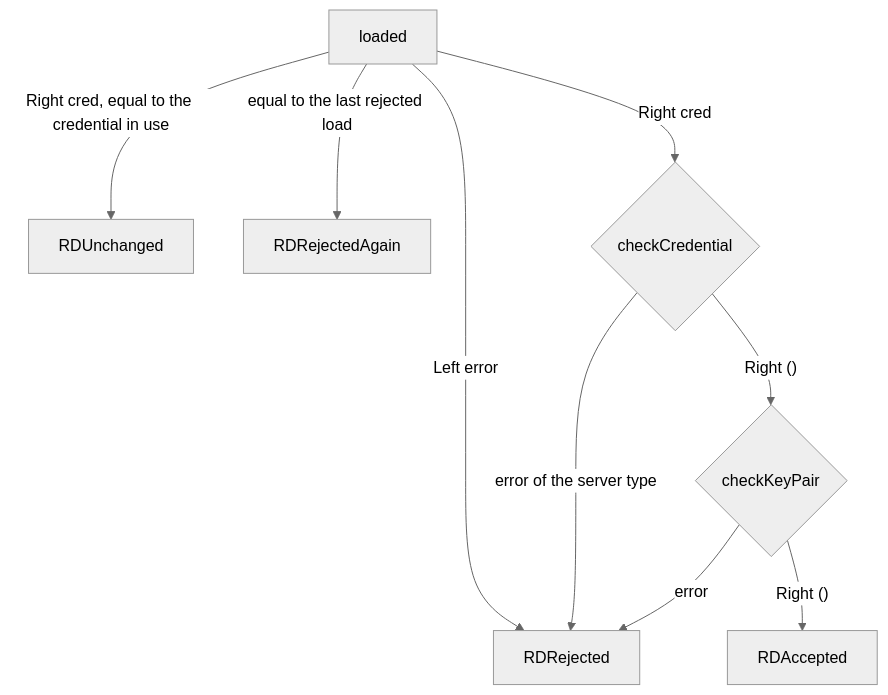
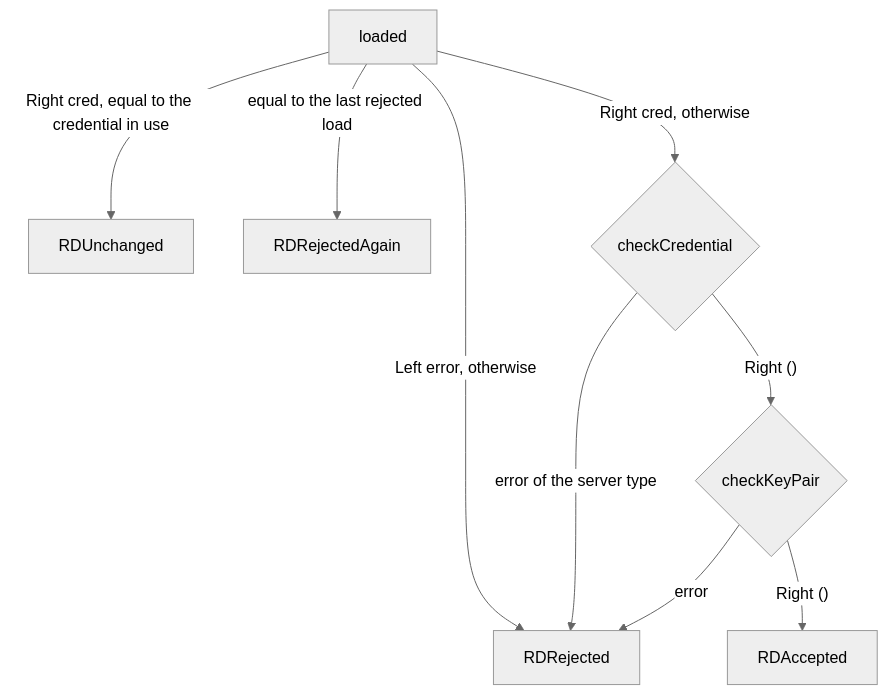
One commit to simplex-chat/simplexmq changed the third of 6 diagrams in plans/2026-11-17-reload-web-certificates.md. Above: the diagram before and after it, drawn with Mermaid (neutral theme). The commit also changed other lines of this file, not shown here.

Commit message:
servers: order the decision edges and list the empty chain test

````diff
--- a/plans/2026-11-17-reload-web-certificates.md
+++ b/plans/2026-11-17-reload-web-certificates.md
@@ -147,18 +147,18 @@
 ```mermaid
 flowchart TD
     L[loaded]
     U[RDUnchanged]
     A[RDRejectedAgain]
     S{checkCredential}
     K{checkKeyPair}
     R[RDRejected]
     OK[RDAccepted]
     L -- "Right cred, equal to the credential in use" --> U
     L -- "equal to the last rejected load" --> A
-    L -- "Left error" --> R
-    L -- "Right cred" --> S
+    L -- "Left error, otherwise" --> R
+    L -- "Right cred, otherwise" --> S
     S -- "error of the server type" --> R
     S -- "Right ()" --> K
     K -- "error" --> R
     K -- "Right ()" --> OK
 ```
````
